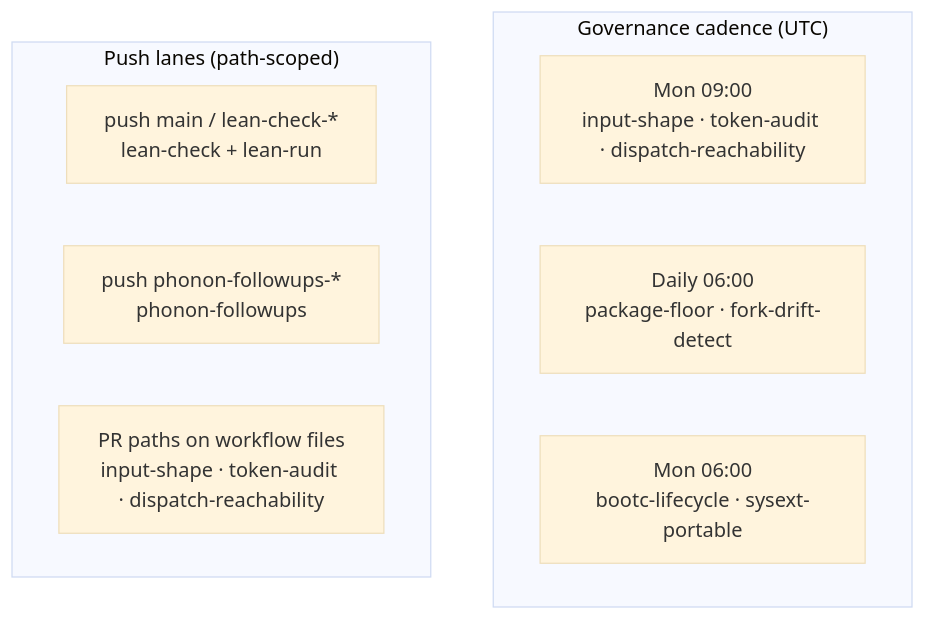
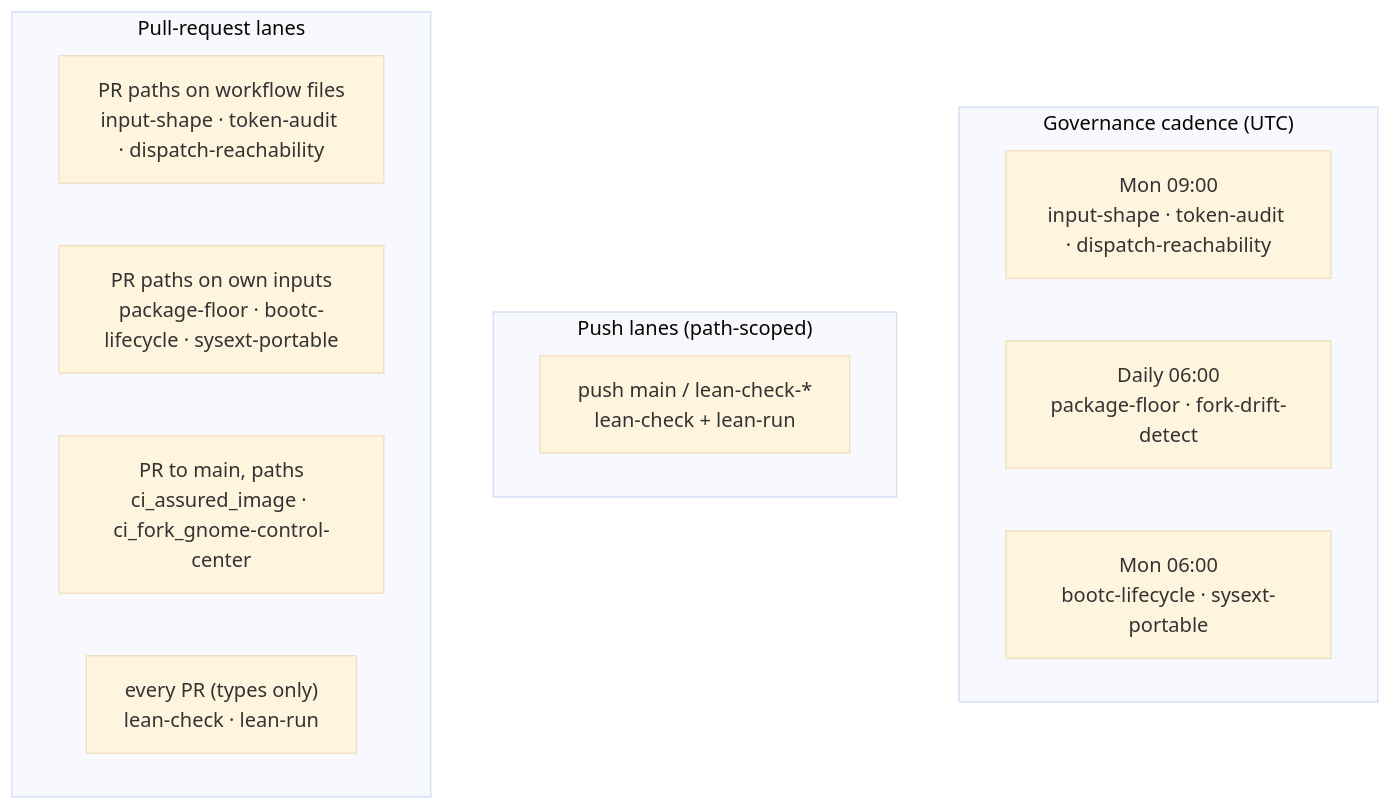
Before and after one commit to yubi-OS/yubiOS: the third of 13 diagrams in docs/CI_MAP.md, drawn with Mermaid (base theme). The commit also changed other lines of this file, not shown here.

Commit message:
docs(ci): refresh CI_MAP.md for 44-file census, 7-stage flash lane, and live ci-launchpad schema sync

````diff
--- a/docs/CI_MAP.md
+++ b/docs/CI_MAP.md
@@ -285,13 +493,17 @@
 ```mermaid
 flowchart TD
     subgraph guards["Governance cadence (UTC)"]
         mon9["Mon 09:00\ninput-shape · token-audit · dispatch-reachability"]
         daily6["Daily 06:00\npackage-floor · fork-drift-detect"]
         mon6["Mon 06:00\nbootc-lifecycle · sysext-portable"]
     end
     subgraph pushlanes["Push lanes (path-scoped)"]
         leanpush["push main / lean-check-*\nlean-check + lean-run"]
-        phononpush["push phonon-followups-*\nphonon-followups"]
+    end
+    subgraph prlanes["Pull-request lanes"]
         prpaths["PR paths on workflow files\ninput-shape · token-audit · dispatch-reachability"]
+        prother["PR paths on own inputs\npackage-floor · bootc-lifecycle · sysext-portable"]
+        prmain["PR to main, paths\nci_assured_image · ci_fork_gnome-control-center"]
+        prall["every PR (types only)\nlean-check · lean-run"]
     end
 ```
````
